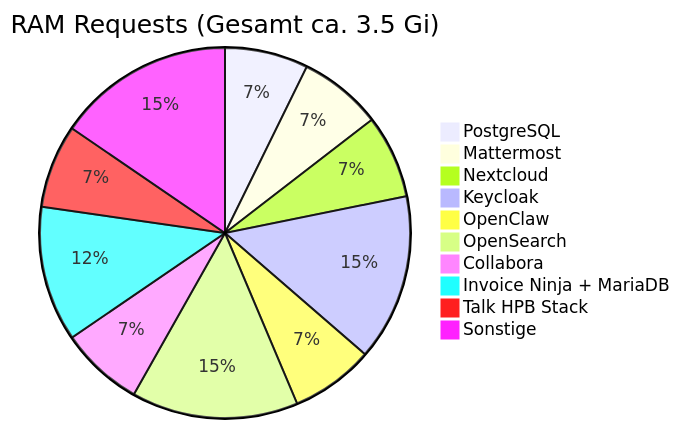
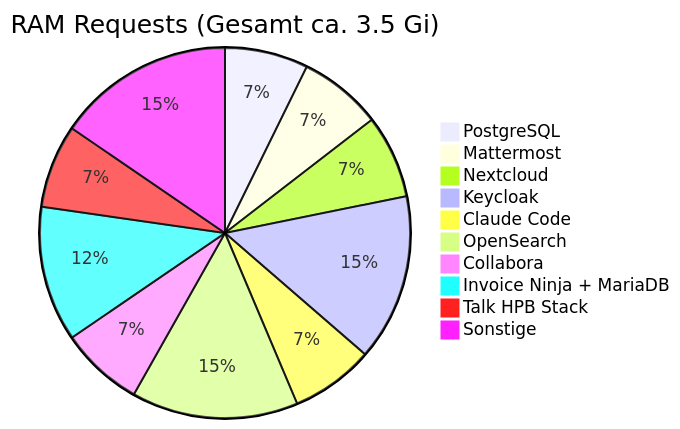
The diagram in docs/services.md (Paddione/Bachelorprojekt), drawn with Mermaid before and after one commit. The commit also changed other lines of this file and 73 other files, not shown here.

First line of the commit message:
feat: add patrick/gekko admin users and complete openclaw→claude-code rename

````diff
--- a/docs/services.md
+++ b/docs/services.md
@@ -235,13 +235,13 @@
 ```mermaid
 pie title RAM Requests (Gesamt ca. 3.5 Gi)
     "PostgreSQL" : 256
     "Mattermost" : 256
     "Nextcloud" : 256
     "Keycloak" : 512
-    "OpenClaw" : 256
+    "Claude Code" : 256
     "OpenSearch" : 512
     "Collabora" : 256
     "Invoice Ninja + MariaDB" : 416
     "Talk HPB Stack" : 256
     "Sonstige" : 544
 ```
````
